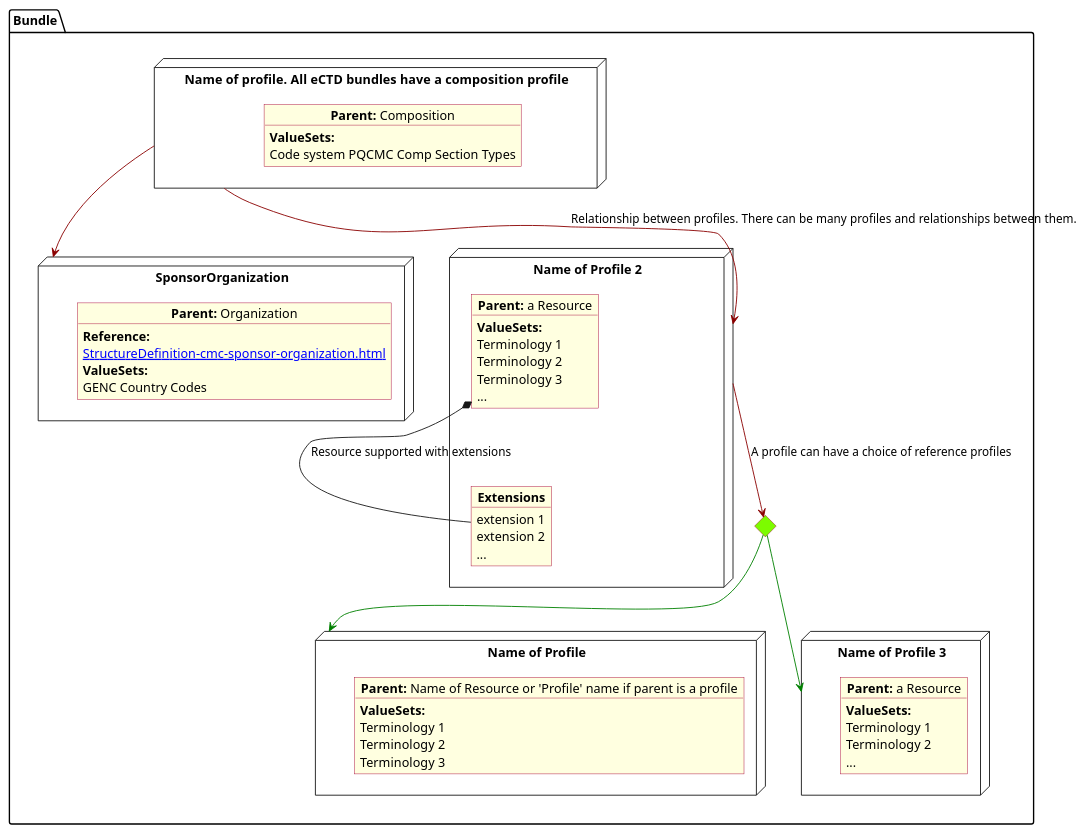
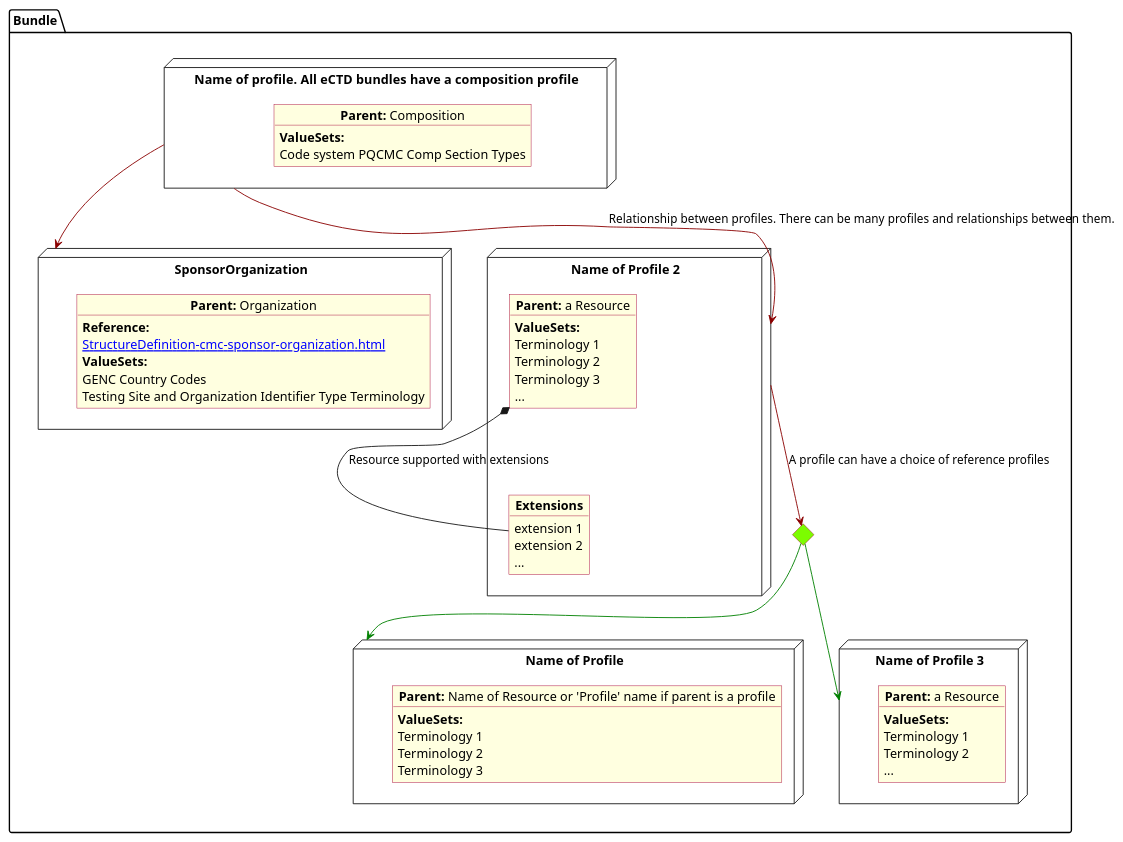
One commit to HL7/FHIR-us-pq-cmc-fda changed the diagram in input/images-source/legend.plantuml. Above: the diagram before and after it, drawn with PlantUML. The commit also changed 24 other files, not shown here.

```diff
--- a/input/images-source/legend.plantuml
+++ b/input/images-source/legend.plantuml
@@ -1,71 +1,78 @@
 @startuml legend
 allowmixing
 'Mixed model of use case and object
 skinparam svgDimensionStyle false
 skinparam ObjectBackgroundColor LightYellow
 skinparam ObjectBorderColor #A80036
 skinparam activityDiamondBorderColor #A80036
 skinparam activityDiamondBackgroundColor lawnGreen
 skinparam ClassBorderThickness 4
 
 package "Bundle" as NODES {
-node "Name of Profile" as Nameprofile {
-       object "**Parent:** Name of Resource or 'Profile' name if parent is a profile" as objcs {
-        **ValueSets:**
-          Terminology 1
-          Terminology 2
-          Terminology 3
-      }
-}  
- node "SponsorOrganization" as NSO { 
-      object "**Parent:** Organization" as objAu {
-         **Reference:**
+  node "Name of Profile" as Nameprofile {
+    object "**Parent:** Name of Resource or 'Profile' name if parent is a profile" as objcs {
+      **ValueSets:**
+      Terminology 1
+      Terminology 2
+      Terminology 3
+    }
+  }
+
+  node "SponsorOrganization" as NSO {
+
+    object "**Parent:** Organization" as objAu {
+      **Reference:**
       [[StructureDefinition-cmc-sponsor-organization.html]]
-        **ValueSets:**
-        GENC Country Codes
+      **ValueSets:**
+      GENC Country Codes
+      Testing Site and Organization Identifier Type Terminology
     }
-} 
-  
-diamond CH 
+  }
 
- node "Name of Profile 2" as NN { 
-      object "**Parent:** a Resource" as obj3 {
-        **ValueSets:**
-          Terminology 1
-          Terminology 2
-          Terminology 3
-          ...
-      }
-  object "**Extensions**" as objExs {
-        extension 1
-        extension 2
-        ...
+
+  diamond CH
+
+  node "Name of Profile 2" as NN {
+
+    object "**Parent:** a Resource" as obj3 {
+      **ValueSets:**
+      Terminology 1
+      Terminology 2
+      Terminology 3
+      ...
     }
- obj3 *-- objExs : Resource supported with extensions
+    object "**Extensions**" as objExs {
+      extension 1
+      extension 2
+      ...
+    }
+    obj3 *-- objExs : Resource supported with extensions
 
   }
 
-node "Name of profile.  All eCTD bundles have a composition profile" as N1 { 
-      object "**Parent:** Composition" as obj1 {
+  node "Name of profile.  All eCTD bundles have a composition profile" as N1 {
+
+    object "**Parent:** Composition" as obj1 {
       **ValueSets:**
       Code system PQCMC Comp Section Types
     }
-     
-}
 
-node "Name of Profile 3" as NN3 { 
-      object "**Parent:** a Resource" as obj33 {
-        **ValueSets:**
-          Terminology 1
-          Terminology 2
-          ...
-}
-}
+  }
 
-N1 -[#darkred]-> NSO
-NN -[#darkred]-> CH : A profile can have a choice of reference profiles
-CH -[#green]-> Nameprofile
-CH -[#green]-> NN3
-N1 -[#darkred]-> NN :  Relationship between profiles.  There can be many profiles and relationships between them.
+  node "Name of Profile 3" as NN3 {
+
+    object "**Parent:** a Resource" as obj33 {
+      **ValueSets:**
+      Terminology 1
+      Terminology 2
+      ...
+    }
+  }
+
+  N1 -[#darkred]-> NSO
+  NN -[#darkred]-> CH : A profile can have a choice of reference profiles
+  CH -[#green]-> Nameprofile
+  CH -[#green]-> NN3
+  N1 -[#darkred]-> NN :  Relationship between profiles.  There can be many profiles and relationships between them.
 }
 @enduml
```
